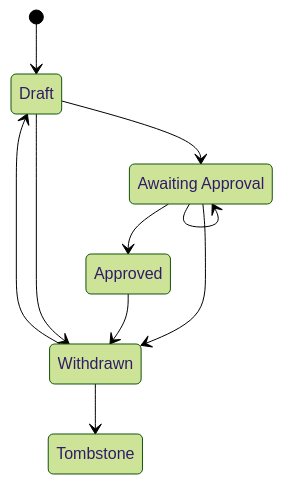
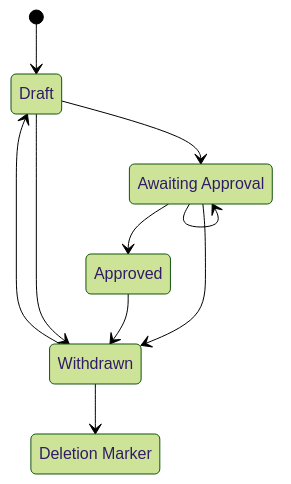
Before and after one commit to pulibrary/pdc_describe: the diagram in docs/work_states.md, drawn with Mermaid (forest theme). The commit also changed other lines of this file, not shown here.

Commit message:
Updating the work state diagram to have group instead of collection Also change CUrator to moderator and tombstone to deletion marker

````diff
--- a/docs/work_states.md
+++ b/docs/work_states.md
@@ -47,17 +47,17 @@
 ```mermaid
 stateDiagram-v2
     draft: Draft
     await: Awaiting Approval
     approve: Approved
     withdrawn: Withdrawn
-    tombstone: Tombstone
+    deletion_marker: Deletion Marker
     [*] --> draft
     draft --> await
     await --> await
     await --> approve
     await --> withdrawn
     withdrawn --> draft
     approve --> withdrawn
     draft --> withdrawn
-    withdrawn --> tombstone
+    withdrawn --> deletion_marker
 ```
````
